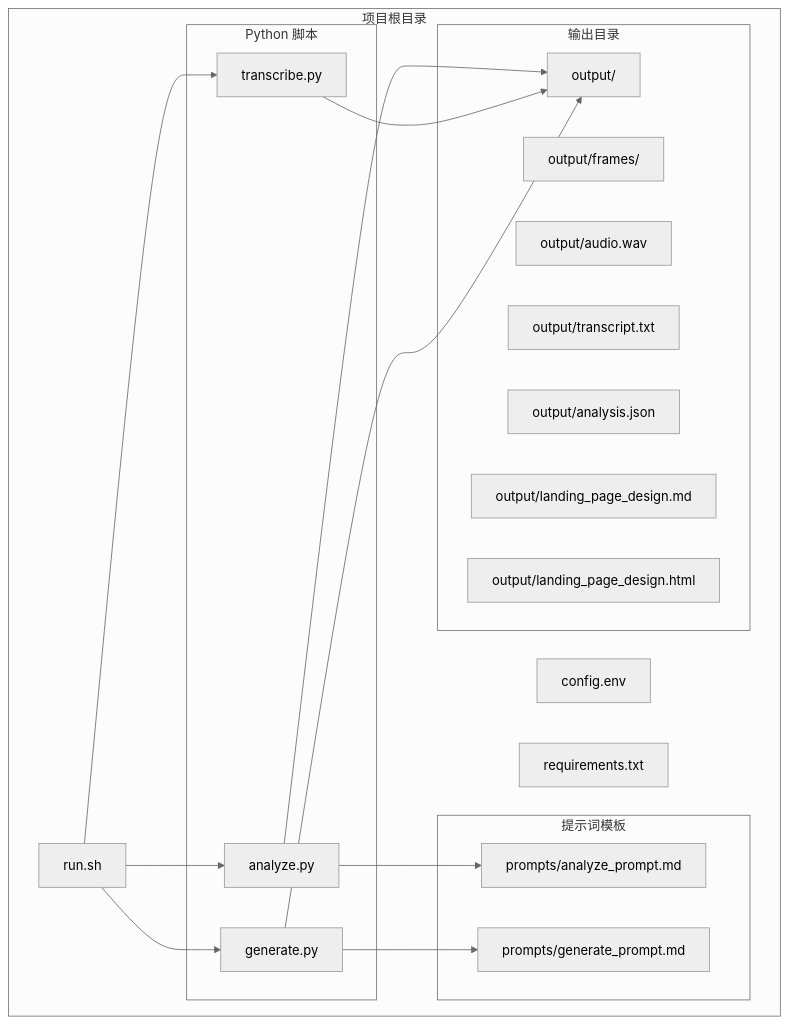
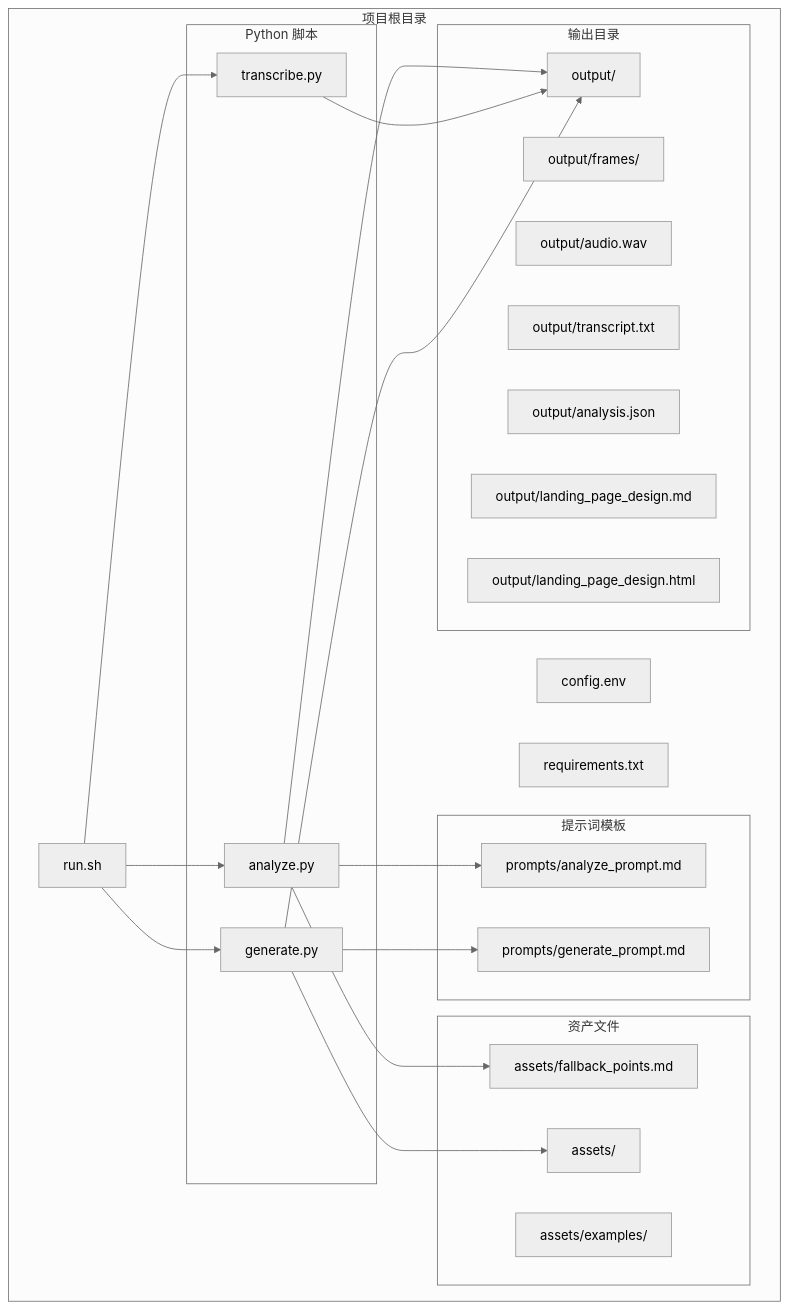
Before and after one commit to WongMingJiu/landingpage-test-hero-page: the first of 9 diagrams in .qoder/repowiki/zh/content/核心模块详解/方案生成模块.md, drawn with Mermaid (neutral theme). The commit also changed other lines of this file and 6 other files, not shown here.

````diff
--- a/.qoder/repowiki/zh/content/核心模块详解/方案生成模块.md
+++ b/.qoder/repowiki/zh/content/核心模块详解/方案生成模块.md
@@ -34,34 +45,41 @@
 ```mermaid
 graph TB
 subgraph "项目根目录"
 RUN[run.sh]
 CONFIG[config.env]
 REQ[requirements.txt]
 subgraph "Python 脚本"
 ANALYZE[analyze.py]
 GENERATE[generate.py]
 TRANSCRIBE[transcribe.py]
 end
 subgraph "提示词模板"
 ANALYZE_PROMPT[prompts/analyze_prompt.md]
 GEN_PROMPT[prompts/generate_prompt.md]
 end
+subgraph "资产文件"
+ASSETS[assets/]
+EXAMPLES[assets/examples/]
+FALLBACK[assets/fallback_points.md]
+end
 subgraph "输出目录"
 OUTPUT[output/]
 FRAMES[output/frames/]
 AUDIO[output/audio.wav]
 TRANS[output/transcript.txt]
 ANALYSIS[output/analysis.json]
 MD[output/landing_page_design.md]
 HTML[output/landing_page_design.html]
 end
 end
 RUN --> ANALYZE
 RUN --> TRANSCRIBE
 RUN --> GENERATE
 ANALYZE --> ANALYZE_PROMPT
+ANALYZE --> FALLBACK
 GENERATE --> GEN_PROMPT
+GENERATE --> ASSETS
 ANALYZE --> OUTPUT
 TRANSCRIBE --> OUTPUT
 GENERATE --> OUTPUT
 ```
````
